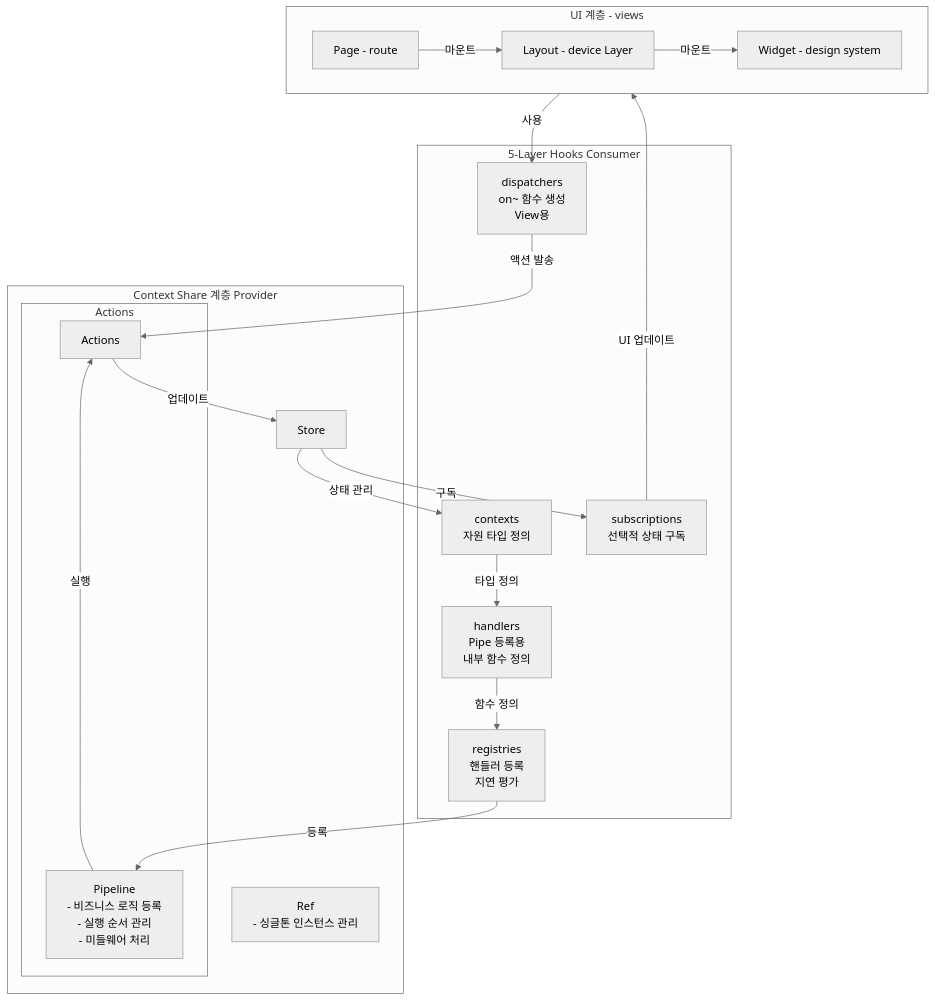
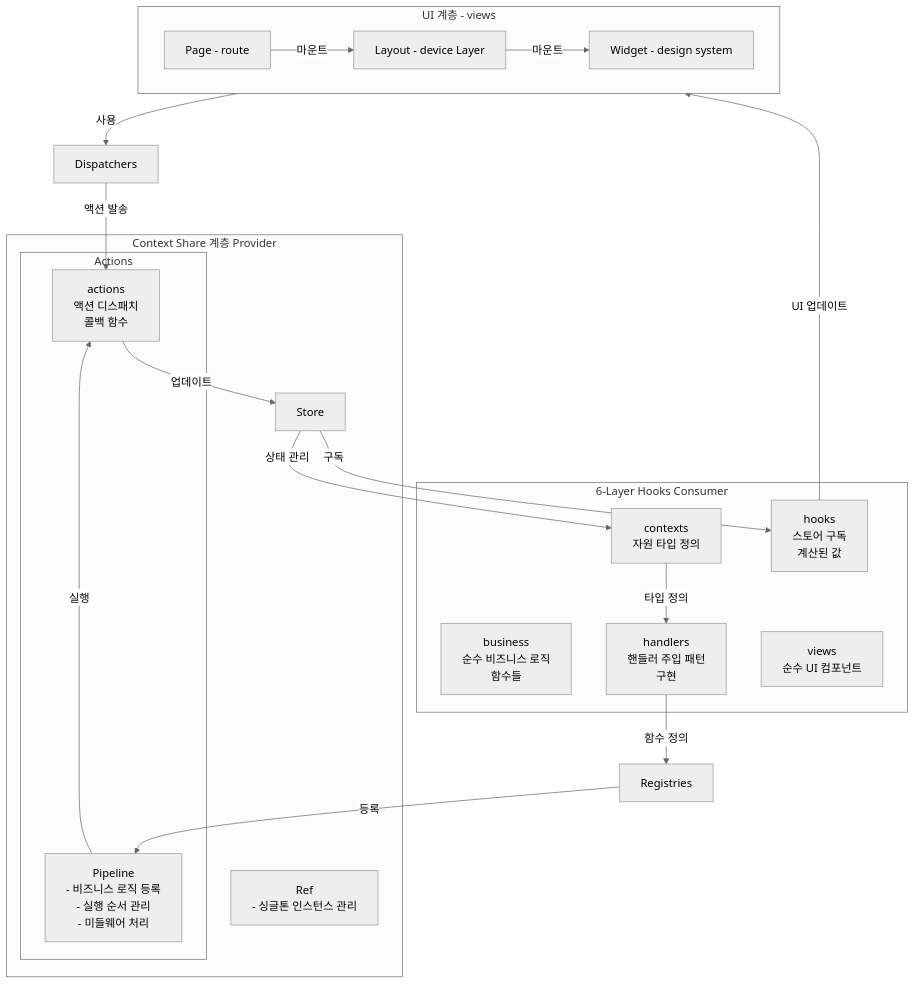
One commit to mineclover/context-action changed the diagram in docs/ko/architecture/context-driven-architecture.md. Above: the diagram before and after it, drawn with Mermaid (neutral theme). The commit also changed other lines of this file and 12 other files, not shown here.

````diff
--- a/docs/ko/architecture/context-driven-architecture.md
+++ b/docs/ko/architecture/context-driven-architecture.md
@@ -19,44 +19,45 @@
 ```mermaid
 graph TD
     %% Context Share 계층
     subgraph ContextShare["Context Share 계층 Provider"]
         Store[Store]
         subgraph ActionsContainer["Actions"]
             Actions[Actions]
             Pipeline[Pipeline<br/>- 비즈니스 로직 등록<br/>- 실행 순서 관리<br/>- 미들웨어 처리]
         end
         Ref[Ref<br/>- 싱글톤 인스턴스 관리]
     end
 
-    %% 5-Layer Hooks 구조
-    subgraph Hooks["5-Layer Hooks Consumer"]
+    %% 6-Layer Hooks 구조
+    subgraph Hooks["6-Layer Hooks Consumer"]
         ContextDef[contexts<br/>자원 타입 정의]
-        Handlers[handlers<br/>Pipe 등록용<br/>내부 함수 정의]
-        Subscriptions[subscriptions<br/>선택적 상태 구독]
-        Registries[registries<br/>핸들러 등록<br/>지연 평가]
-        Dispatchers[dispatchers<br/>on~ 함수 생성<br/>View용]
+        Business[business<br/>순수 비즈니스 로직<br/>함수들]
+        Handlers[handlers<br/>핸들러 주입 패턴<br/>구현]
+        Actions[actions<br/>액션 디스패치<br/>콜백 함수]
+        Subscriptions[hooks<br/>스토어 구독<br/>계산된 값]
+        Views[views<br/>순수 UI 컴포넌트]
     end
 
     %% UI 계층
     subgraph UI["UI 계층 - views"]
         Page[Page - route]
         Layout[Layout - device Layer]
         Widget[Widget - design system]
     end
 
     %% 데이터 흐름
     Store -->|상태 관리| ContextDef
     ContextDef -->|타입 정의| Handlers
     Handlers -->|함수 정의| Registries
     Registries -->|등록| Pipeline
     Pipeline -->|실행| Actions
     Actions -->|업데이트| Store
     Store -->|구독| Subscriptions
     Subscriptions -->|UI 업데이트| UI
     Dispatchers -->|액션 발송| Actions
     UI -->|사용| Dispatchers
 
     %% UI 마운트 순서
     Page -->|마운트| Layout
     Layout -->|마운트| Widget
 ```
````
